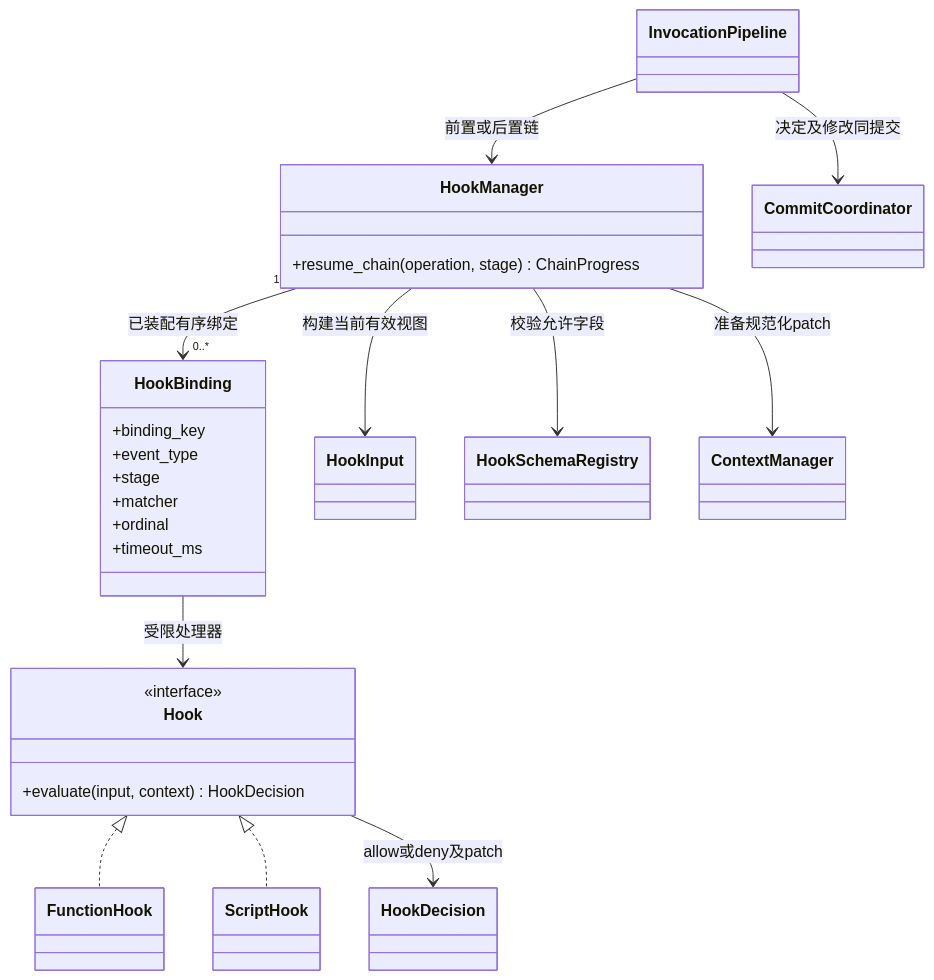
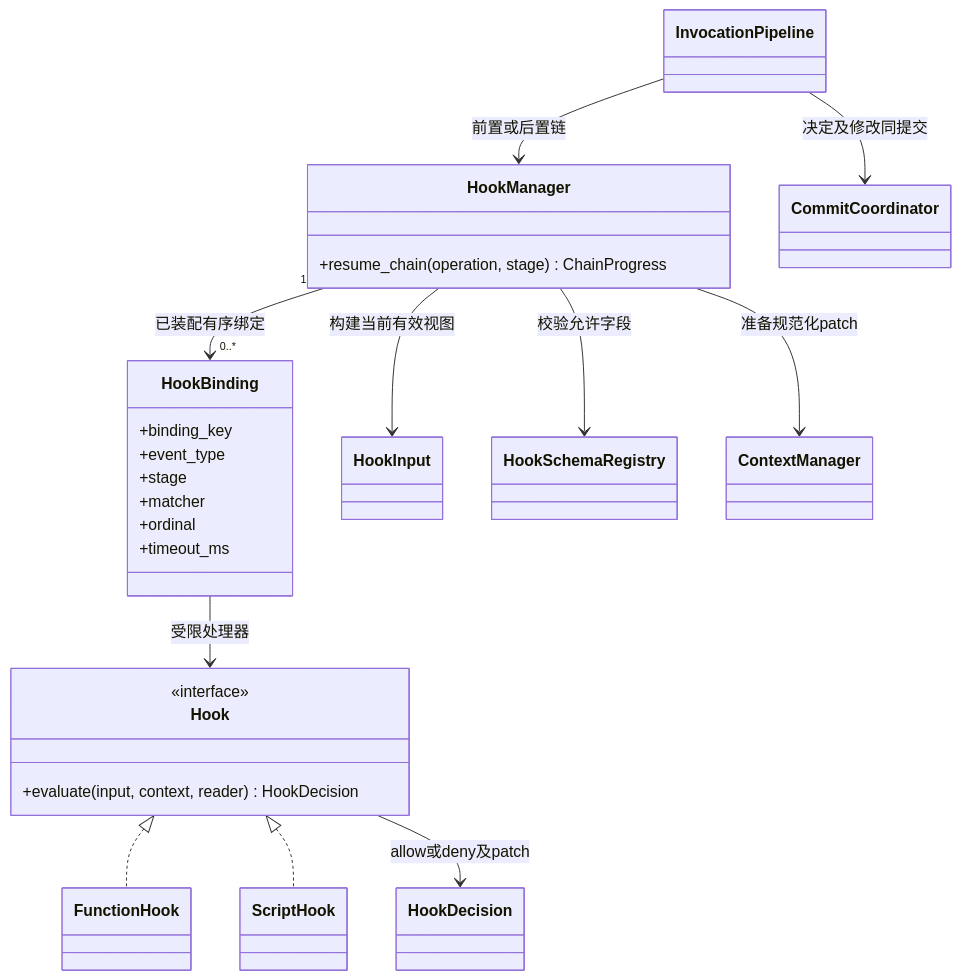
Before and after one commit to dujian0068/agent-loom: the fifth of 9 diagrams in docs/sdk/object-collaboration.md, drawn with Mermaid. The commit also changed other lines of this file and 14 other files, not shown here.

````diff
--- a/docs/sdk/object-collaboration.md
+++ b/docs/sdk/object-collaboration.md
@@ -242,36 +250,36 @@
 ```mermaid
 classDiagram
     class InvocationPipeline
     class HookManager {
       +resume_chain(operation, stage) ChainProgress
     }
     class HookBinding {
       +binding_key
       +event_type
       +stage
       +matcher
       +ordinal
       +timeout_ms
     }
     class Hook {
       <<interface>>
-      +evaluate(input, context) HookDecision
+      +evaluate(input, context, reader) HookDecision
     }
     class FunctionHook
     class ScriptHook
     class HookInput
     class HookDecision
     class HookSchemaRegistry
     class ContextManager
     class CommitCoordinator
     InvocationPipeline --> HookManager : 前置或后置链
     HookManager "1" --> "0..*" HookBinding : 已装配有序绑定
     HookBinding --> Hook : 受限处理器
     Hook <|.. FunctionHook
     Hook <|.. ScriptHook
     HookManager --> HookInput : 构建当前有效视图
     HookManager --> HookSchemaRegistry : 校验允许字段
     HookManager --> ContextManager : 准备规范化patch
     Hook --> HookDecision : allow或deny及patch
     InvocationPipeline --> CommitCoordinator : 决定及修改同提交
 ```
````
